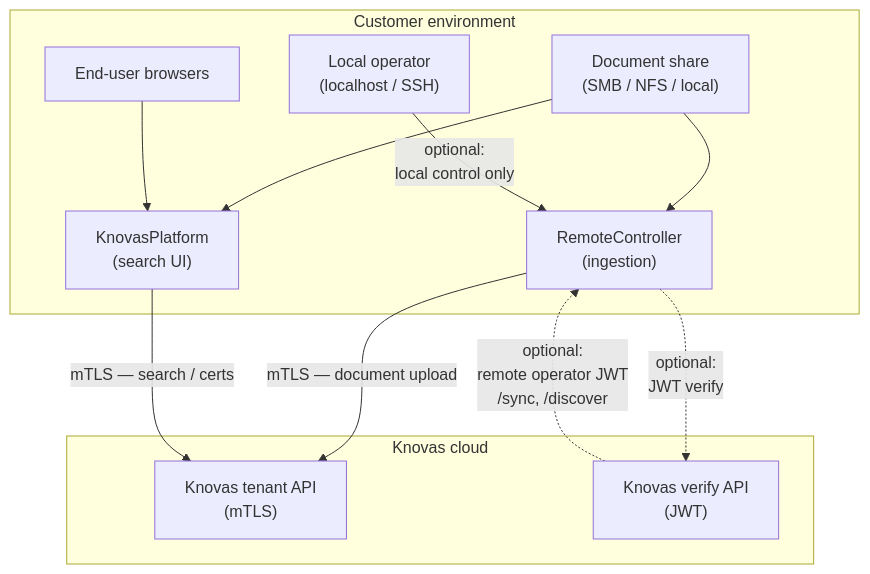
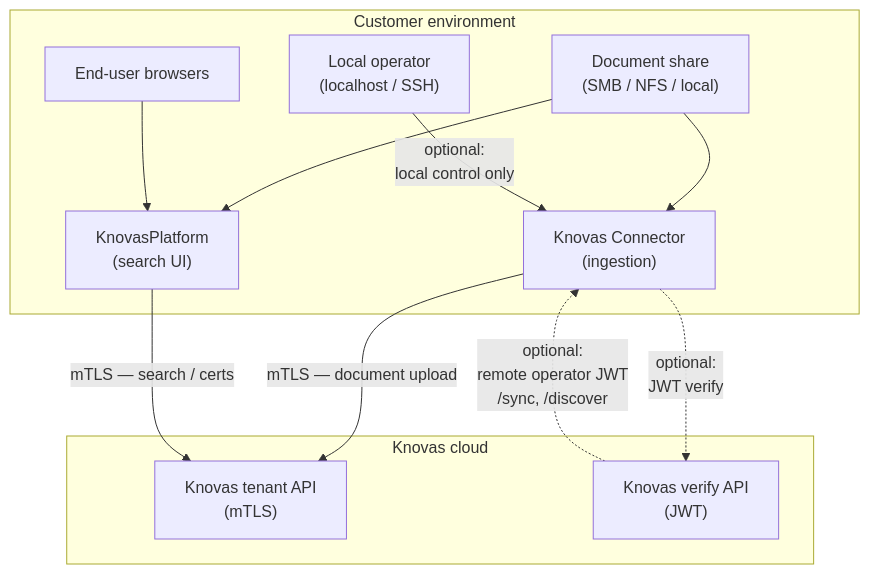
Before and after one commit to Seifeddini/KnovasComponents: the diagram in docs/specifications.md, drawn with Mermaid. The commit also changed other lines of this file and 35 other files, not shown here.

First line of the commit message:
docs: RemoteController is now called Knovas Connector

````diff
--- a/docs/specifications.md
+++ b/docs/specifications.md
@@ -34,24 +34,24 @@
 ```mermaid
 flowchart TB
     subgraph customer["Customer environment"]
         share["Document share\n(SMB / NFS / local)"]
-        RC["RemoteController\n(ingestion)"]
+        RC["Knovas Connector\n(ingestion)"]
         KP["KnovasPlatform\n(search UI)"]
         users["End-user browsers"]
         operator["Local operator\n(localhost / SSH)"]
         share --> RC
         share --> KP
         users --> KP
         operator -->|"optional:\nlocal control only"| RC
     end
 
     subgraph knovas["Knovas cloud"]
         api["Knovas tenant API\n(mTLS)"]
         verify["Knovas verify API\n(JWT)"]
     end
 
     RC -->|"mTLS — document upload"| api
     RC -.->|"optional:\nJWT verify"| verify
     KP -->|"mTLS — search / certs"| api
     verify -.->|"optional:\nremote operator JWT\n/sync, /discover"| RC
 ```
````
